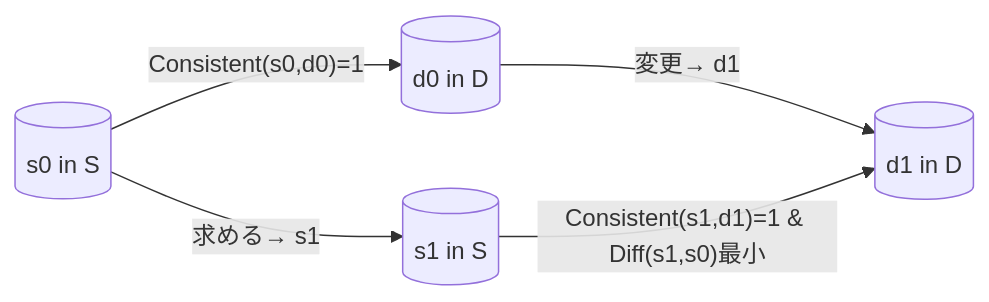
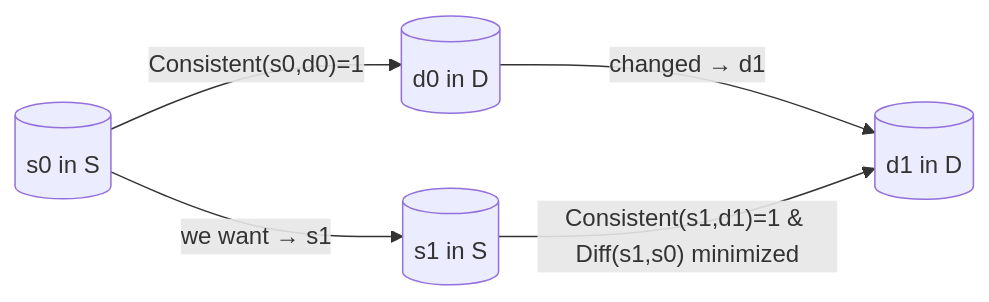
The diagram in README.md (inoueakimitsu/minimal-drift-pattern), drawn with Mermaid before and after one commit. The commit also changed other lines of this file, not shown here.

````diff
--- a/README.md
+++ b/README.md
@@ -158,7 +157,7 @@
 ```mermaid
 flowchart LR
     A[(s0 in S)] -- "Consistent(s0,d0)=1" --> B[(d0 in D)]
-    B -- "変更→ d1" --> B2[(d1 in D)]
-    A -- "求める→ s1" --> A2[(s1 in S)]
-    A2 -- "Consistent(s1,d1)=1 & Diff(s1,s0)最小" --> B2
+    B -- "changed → d1" --> B2[(d1 in D)]
+    A -- "we want → s1" --> A2[(s1 in S)]
+    A2 -- "Consistent(s1,d1)=1 & Diff(s1,s0) minimized" --> B2
 ```
````
